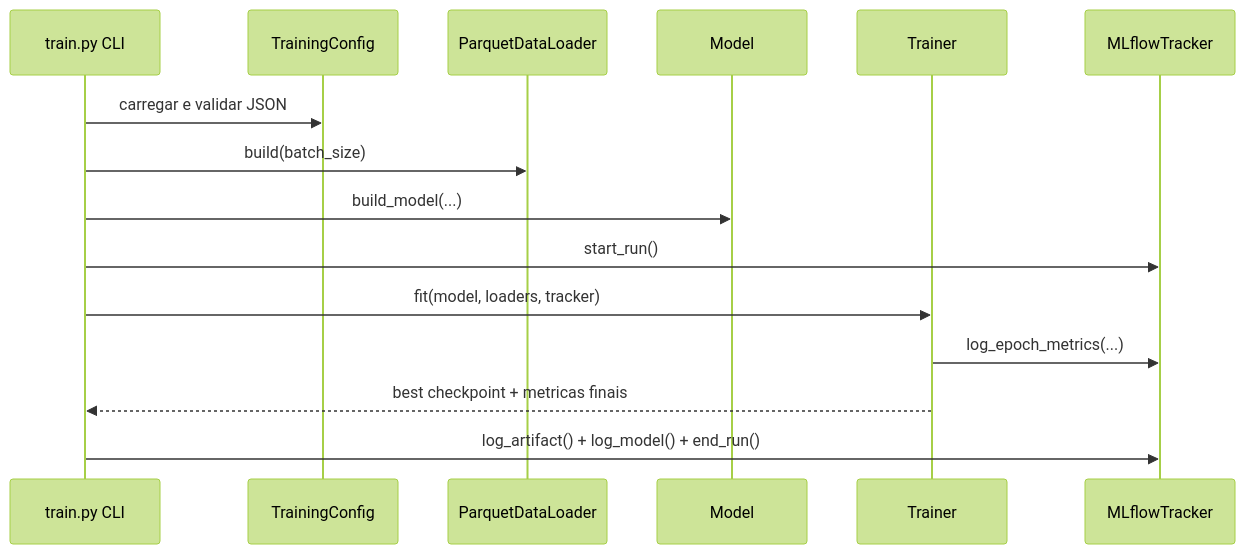
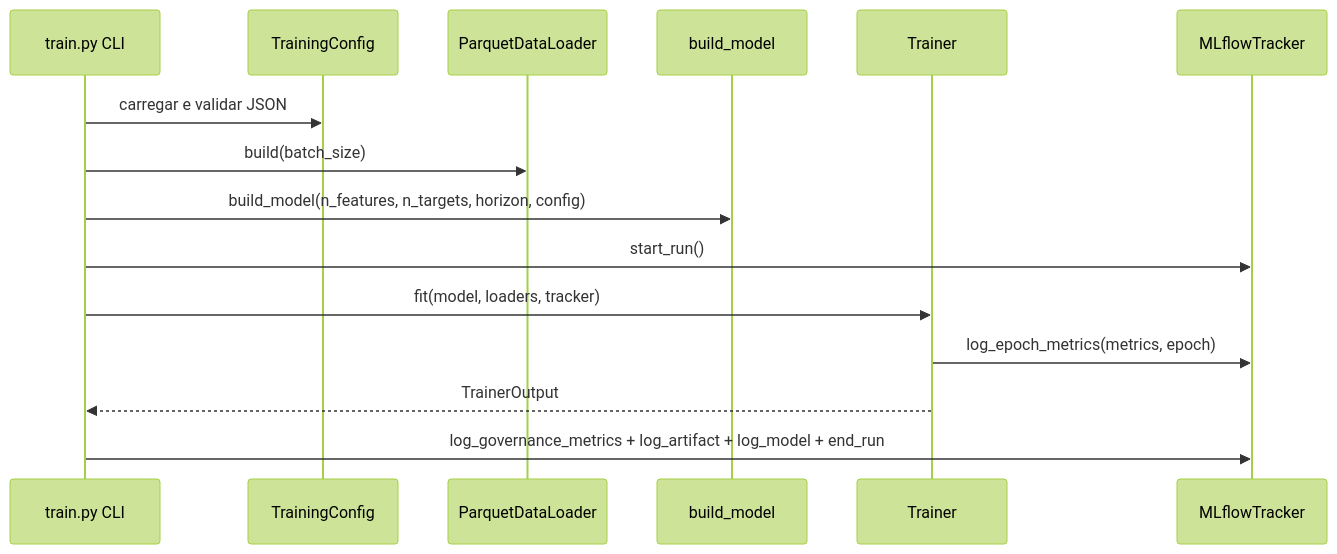
Before and after one commit to CarlosSenra/WeatherOps: the second of 3 diagrams in src/ml_workstation/ARCHITECTURE.md, drawn with Mermaid (forest theme). The commit also changed other lines of this file and 2 other files, not shown here.

````diff
--- a/src/ml_workstation/ARCHITECTURE.md
+++ b/src/ml_workstation/ARCHITECTURE.md
@@ -69,18 +133,18 @@
 ```mermaid
 sequenceDiagram
     participant CLI as train.py CLI
     participant CFG as TrainingConfig
     participant DL as ParquetDataLoader
-    participant MDL as Model
+    participant MDL as build_model
     participant TR as Trainer
     participant MLF as MLflowTracker
 
     CLI->>CFG: carregar e validar JSON
     CLI->>DL: build(batch_size)
-    CLI->>MDL: build_model(...)
+    CLI->>MDL: build_model(n_features, n_targets, horizon, config)
     CLI->>MLF: start_run()
     CLI->>TR: fit(model, loaders, tracker)
-    TR->>MLF: log_epoch_metrics(...)
-    TR-->>CLI: best checkpoint + metricas finais
-    CLI->>MLF: log_artifact() + log_model() + end_run()
+    TR->>MLF: log_epoch_metrics(metrics, epoch)
+    TR-->>CLI: TrainerOutput
+    CLI->>MLF: log_governance_metrics + log_artifact + log_model + end_run
 ```
````
